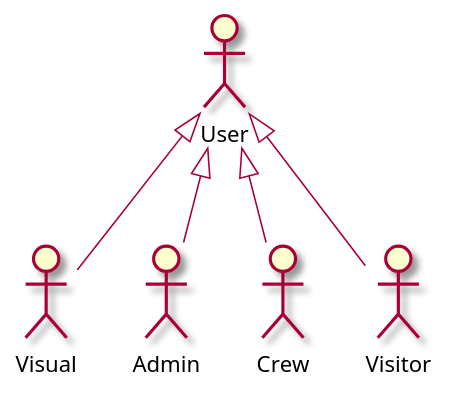
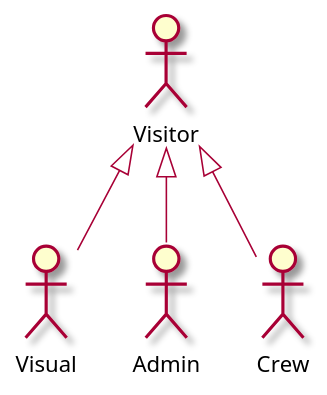
Before and after one commit to sergiobq0123/LNDLP: the diagram in PlantUml/4.1 Requisitos/CasosDeUso/HerenciaUsers.puml, drawn with PlantUML. The commit also changed 25 other files, not shown here.

```diff
--- a/PlantUml/4.1 Requisitos/CasosDeUso/HerenciaUsers.puml
+++ b/PlantUml/4.1 Requisitos/CasosDeUso/HerenciaUsers.puml
@@ -1,16 +1,14 @@
 @startuml HerenciaUser
 
 skin rose
 
-:User: as U
 :Visual: as V
 :Admin: as A
 :Crew: as C
 :Visitor: as Vi
 
-U <|-- V
-U <|-- C
-U <|-- A
-U <|-- Vi
+Vi <|-- C
+Vi <|-- A
+Vi <|-- V
 
 @enduml
```
